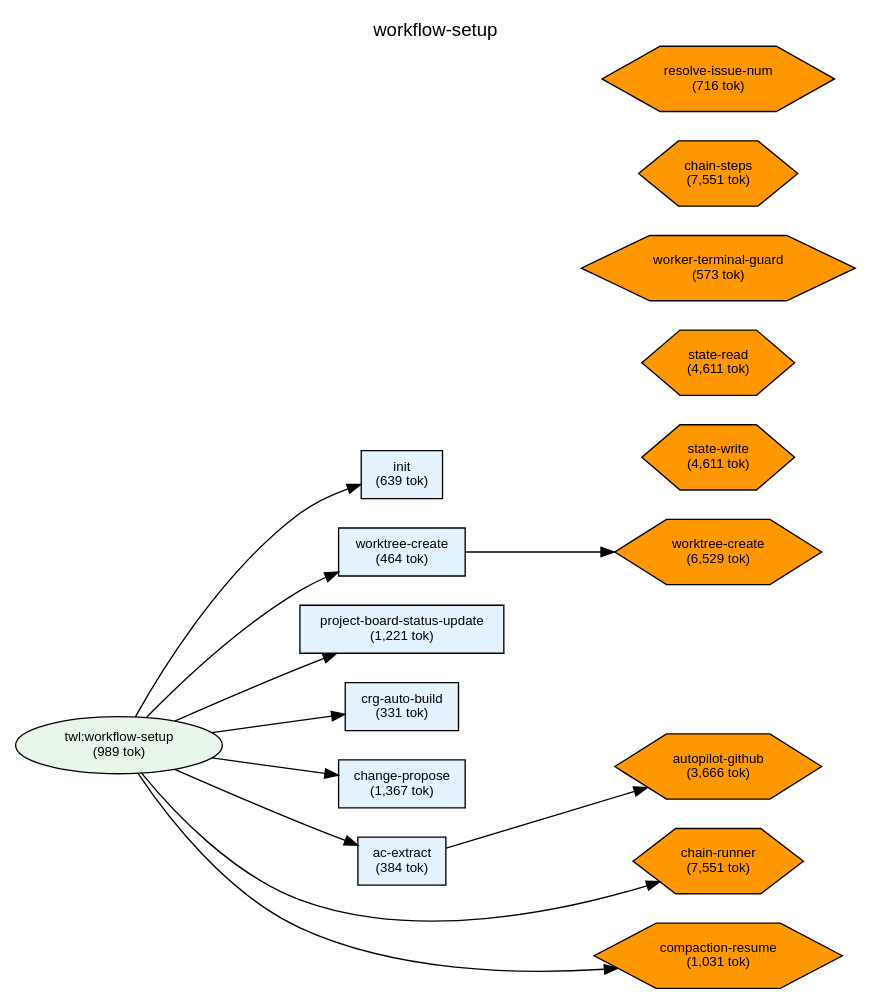
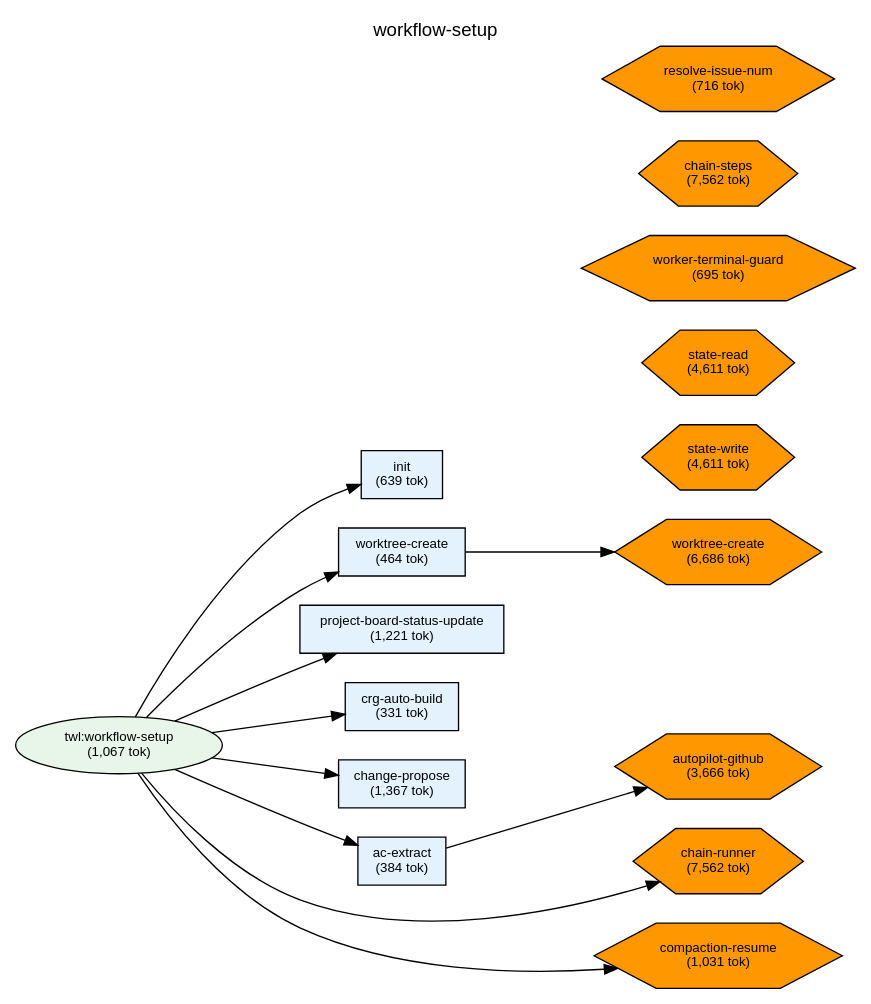
Before and after one commit to shuu5/twill: the diagram in plugins/twl/docs/deps-workflow-setup.dot, drawn with Graphviz. The commit also changed 21 other files, not shown here.

First line of the commit message:
feat(chain-runner): LLM ステップの chain-runner 統合（#185）

```diff
--- a/plugins/twl/docs/deps-workflow-setup.dot
+++ b/plugins/twl/docs/deps-workflow-setup.dot
@@ -1,79 +1,79 @@
 digraph Dependencies {
     // Graph settings
     rankdir=LR;
     ranksep=0.8;
     nodesep=0.3;
     fontname="Helvetica";
     node [fontname="Helvetica", fontsize=10];
     edge [fontname="Helvetica", fontsize=9];
     label="workflow-setup";
     labelloc=t;
     fontsize=14;
 
     // L0: Controller Skills
 
     // L0: Launchers
 
     // L0.5: Workflow Skills
-    skill_workflow_setup [label="twl:workflow-setup\n(989 tok)", shape=ellipse, style=filled, fillcolor="#e8f5e9"];
+    skill_workflow_setup [label="twl:workflow-setup\n(1,067 tok)", shape=ellipse, style=filled, fillcolor="#e8f5e9"];
 
     // Reference Skills
 
     // L1: Direct Commands
     cmd_init [label="init\n(639 tok)", shape=box, style=filled, fillcolor="#e3f2fd"];
     cmd_worktree_create [label="worktree-create\n(464 tok)", shape=box, style=filled, fillcolor="#e3f2fd"];
     cmd_project_board_status_update [label="project-board-status-update\n(1,221 tok)", shape=box, style=filled, fillcolor="#e3f2fd"];
     cmd_crg_auto_build [label="crg-auto-build\n(331 tok)", shape=box, style=filled, fillcolor="#e3f2fd"];
     cmd_change_propose [label="change-propose\n(1,367 tok)", shape=box, style=filled, fillcolor="#e3f2fd"];
     cmd_ac_extract [label="ac-extract\n(384 tok)", shape=box, style=filled, fillcolor="#e3f2fd"];
 
     // L2: Sub Commands
 
     // L3: Agents
 
     // L3.5: Scripts
     script_state_read [label="state-read\n(4,611 tok)", shape=hexagon, style=filled, fillcolor="#FF9800"];
     script_state_write [label="state-write\n(4,611 tok)", shape=hexagon, style=filled, fillcolor="#FF9800"];
-    script_chain_runner [label="chain-runner\n(7,551 tok)", shape=hexagon, style=filled, fillcolor="#FF9800"];
-    script_worker_terminal_guard [label="worker-terminal-guard\n(573 tok)", shape=hexagon, style=filled, fillcolor="#FF9800"];
-    script_worktree_create [label="worktree-create\n(6,529 tok)", shape=hexagon, style=filled, fillcolor="#FF9800"];
+    script_chain_runner [label="chain-runner\n(7,562 tok)", shape=hexagon, style=filled, fillcolor="#FF9800"];
+    script_worker_terminal_guard [label="worker-terminal-guard\n(695 tok)", shape=hexagon, style=filled, fillcolor="#FF9800"];
+    script_worktree_create [label="worktree-create\n(6,686 tok)", shape=hexagon, style=filled, fillcolor="#FF9800"];
     script_autopilot_github [label="autopilot-github\n(3,666 tok)", shape=hexagon, style=filled, fillcolor="#FF9800"];
-    script_chain_steps [label="chain-steps\n(7,551 tok)", shape=hexagon, style=filled, fillcolor="#FF9800"];
+    script_chain_steps [label="chain-steps\n(7,562 tok)", shape=hexagon, style=filled, fillcolor="#FF9800"];
     script_compaction_resume [label="compaction-resume\n(1,031 tok)", shape=hexagon, style=filled, fillcolor="#FF9800"];
     script_resolve_issue_num [label="resolve-issue-num\n(716 tok)", shape=hexagon, style=filled, fillcolor="#FF9800"];
 
     // L4: External
 
     // Layer constraints
     { rank=same; skill_workflow_setup; }
     { rank=same; cmd_init; cmd_worktree_create; cmd_project_board_status_update; cmd_crg_auto_build; cmd_change_propose; cmd_ac_extract; }
     { rank=same; script_state_read; script_state_write; script_chain_runner; script_worker_terminal_guard; script_worktree_create; script_autopilot_github; script_chain_steps; script_compaction_resume; script_resolve_issue_num; }
 
     // Edges
     skill_workflow_setup -> cmd_init;
     skill_workflow_setup -> cmd_worktree_create;
     skill_workflow_setup -> cmd_project_board_status_update;
     skill_workflow_setup -> cmd_crg_auto_build;
     skill_workflow_setup -> cmd_change_propose;
     skill_workflow_setup -> cmd_ac_extract;
     skill_workflow_setup -> script_chain_runner;
     skill_workflow_setup -> script_compaction_resume;
     cmd_worktree_create -> script_worktree_create;
     cmd_ac_extract -> script_autopilot_github;
 
     // Ordering constraints (invisible edges)
     cmd_init -> cmd_worktree_create [style=invis, weight=10];
     cmd_worktree_create -> cmd_project_board_status_update [style=invis, weight=10];
     cmd_project_board_status_update -> cmd_crg_auto_build [style=invis, weight=10];
     cmd_crg_auto_build -> cmd_change_propose [style=invis, weight=10];
     cmd_change_propose -> cmd_ac_extract [style=invis, weight=10];
     cmd_ac_extract -> script_chain_runner [style=invis, weight=10];
     script_chain_runner -> script_compaction_resume [style=invis, weight=10];
     script_chain_runner -> script_compaction_resume [style=invis, weight=10];
     script_chain_runner -> script_compaction_resume [style=invis, weight=10];
     script_chain_runner -> script_compaction_resume [style=invis, weight=10];
     script_state_read -> script_state_write [style=invis, weight=10];
     script_state_read -> script_state_write [style=invis, weight=10];
     script_state_read -> script_state_write [style=invis, weight=10];
 
 }
```
